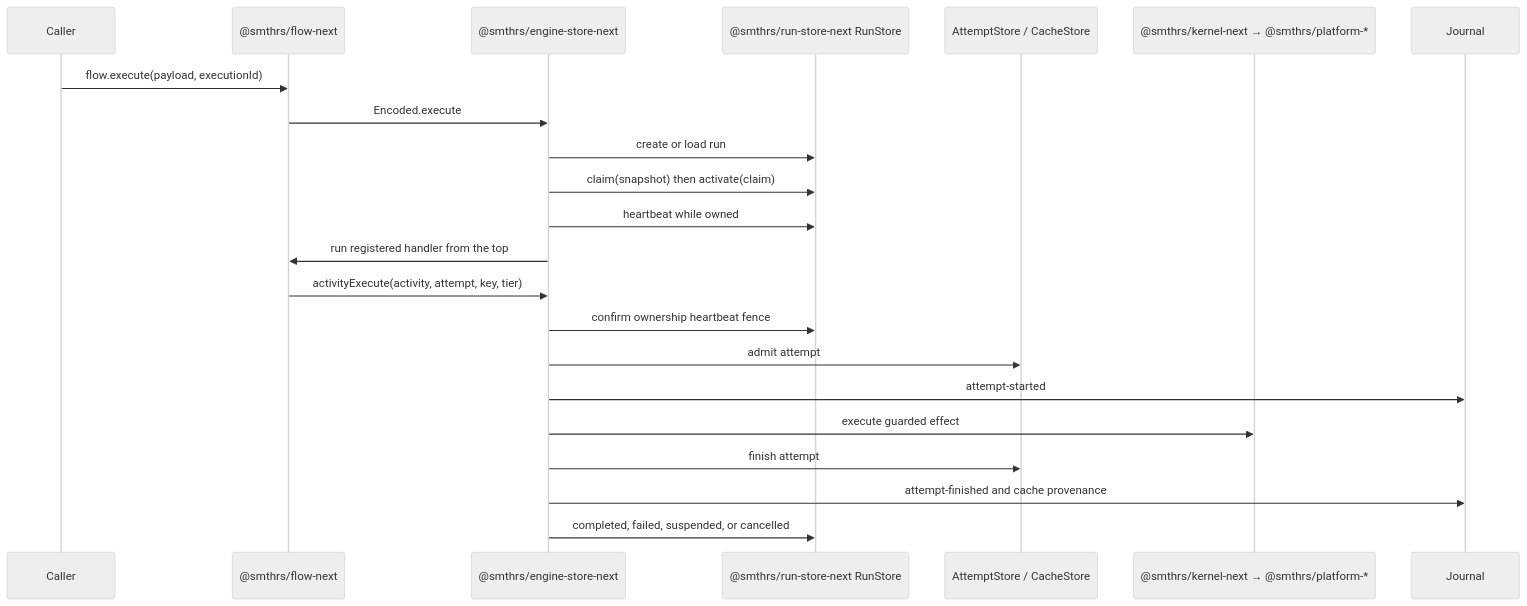
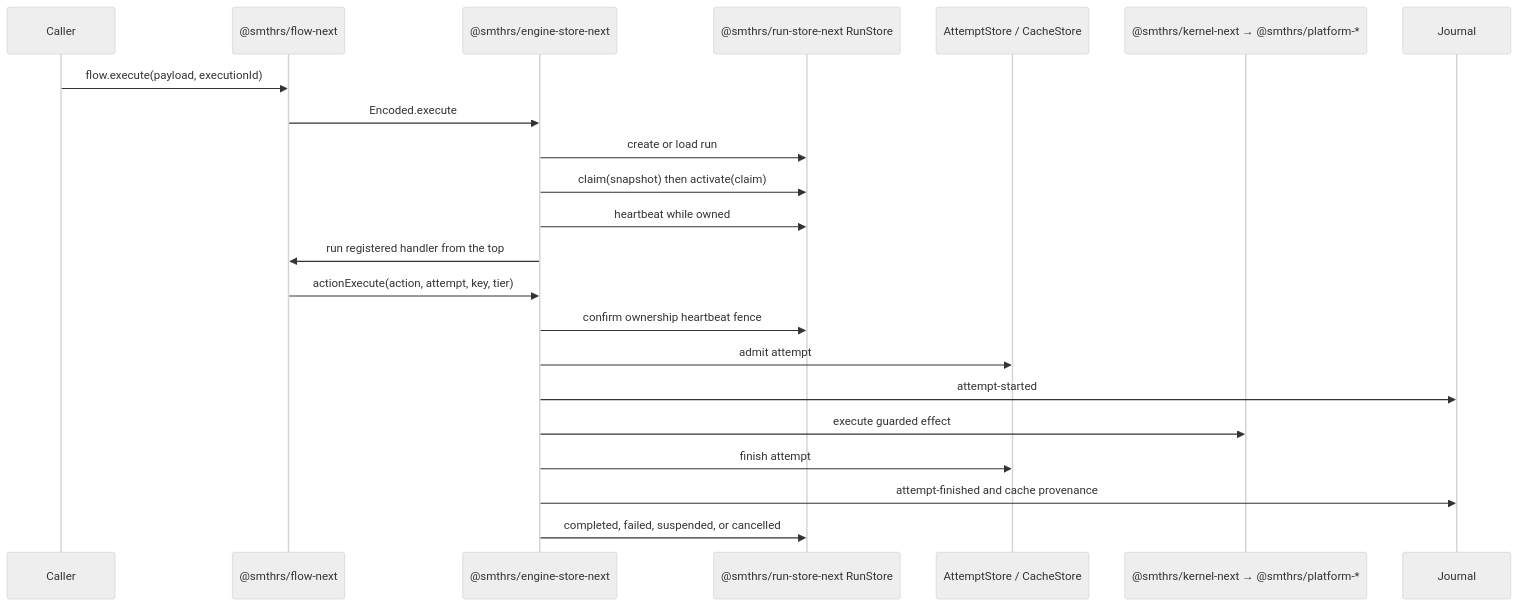
One commit to smithersai/flows changed the diagram in docs/architecture/execution-data-flow.md. Above: the diagram before and after it, drawn with Mermaid (neutral theme). The commit also changed other lines of this file and 230 other files, not shown here.

First line of the commit message:
♻️ refactor: rename the Activity concept to Action

````diff
--- a/docs/architecture/execution-data-flow.md
+++ b/docs/architecture/execution-data-flow.md
@@ -5,25 +5,25 @@
 ```mermaid
 sequenceDiagram
   participant Caller
   participant Flow as @smthrs/flow-next
   participant Driver as @smthrs/engine-store-next
   participant Runs as @smthrs/run-store-next RunStore
   participant Attempts as AttemptStore / CacheStore
   participant Host as @smthrs/kernel-next → @smthrs/platform-*
   participant Journal as Journal
 
   Caller->>Flow: flow.execute(payload, executionId)
   Flow->>Driver: Encoded.execute
   Driver->>Runs: create or load run
   Driver->>Runs: claim(snapshot) then activate(claim)
   Driver->>Runs: heartbeat while owned
   Driver->>Flow: run registered handler from the top
-  Flow->>Driver: activityExecute(activity, attempt, key, tier)
+  Flow->>Driver: actionExecute(action, attempt, key, tier)
   Driver->>Runs: confirm ownership heartbeat fence
   Driver->>Attempts: admit attempt
   Driver->>Journal: attempt-started
   Driver->>Host: execute guarded effect
   Driver->>Attempts: finish attempt
   Driver->>Journal: attempt-finished and cache provenance
   Driver->>Runs: completed, failed, suspended, or cancelled
 ```
````
